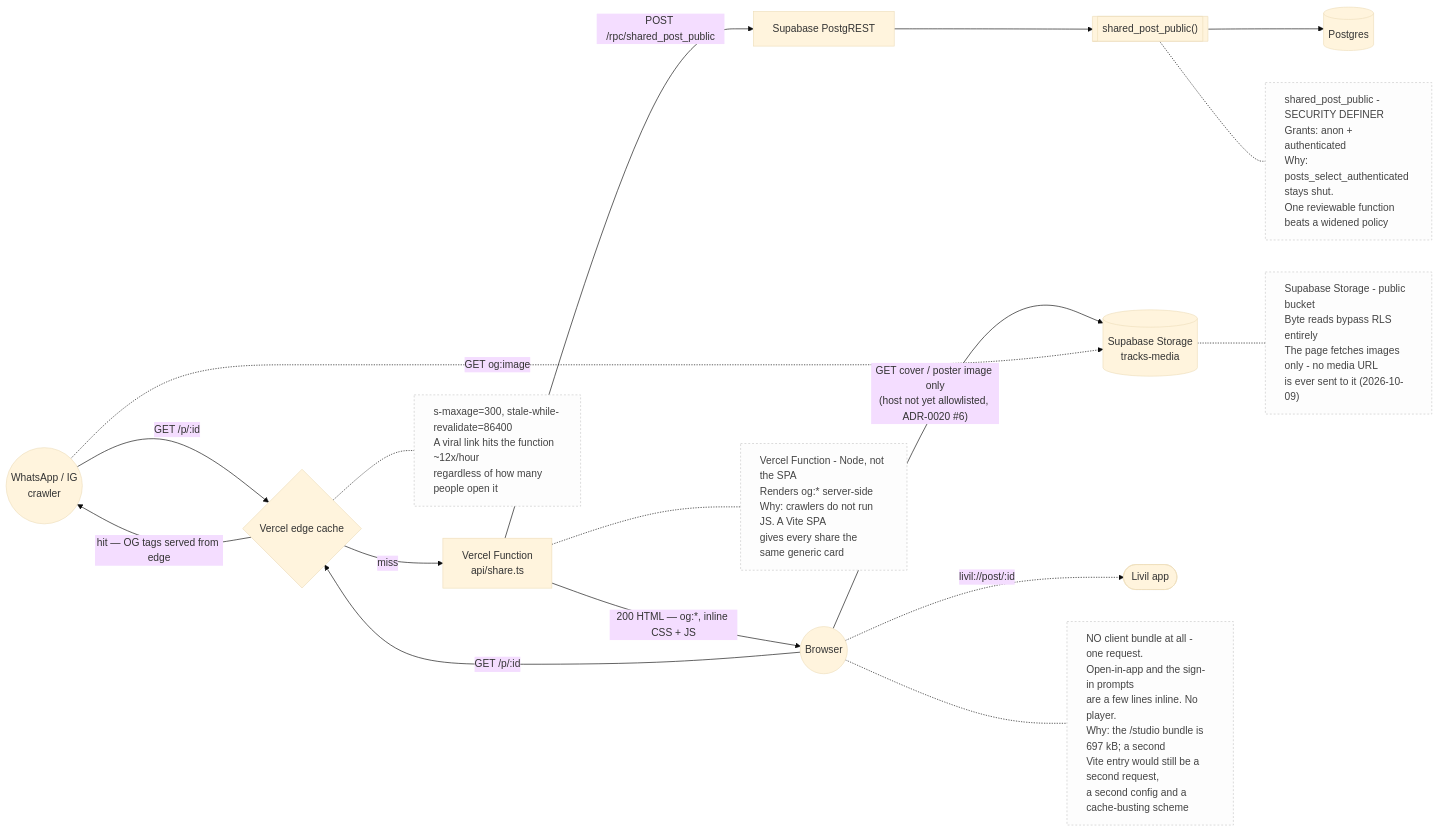
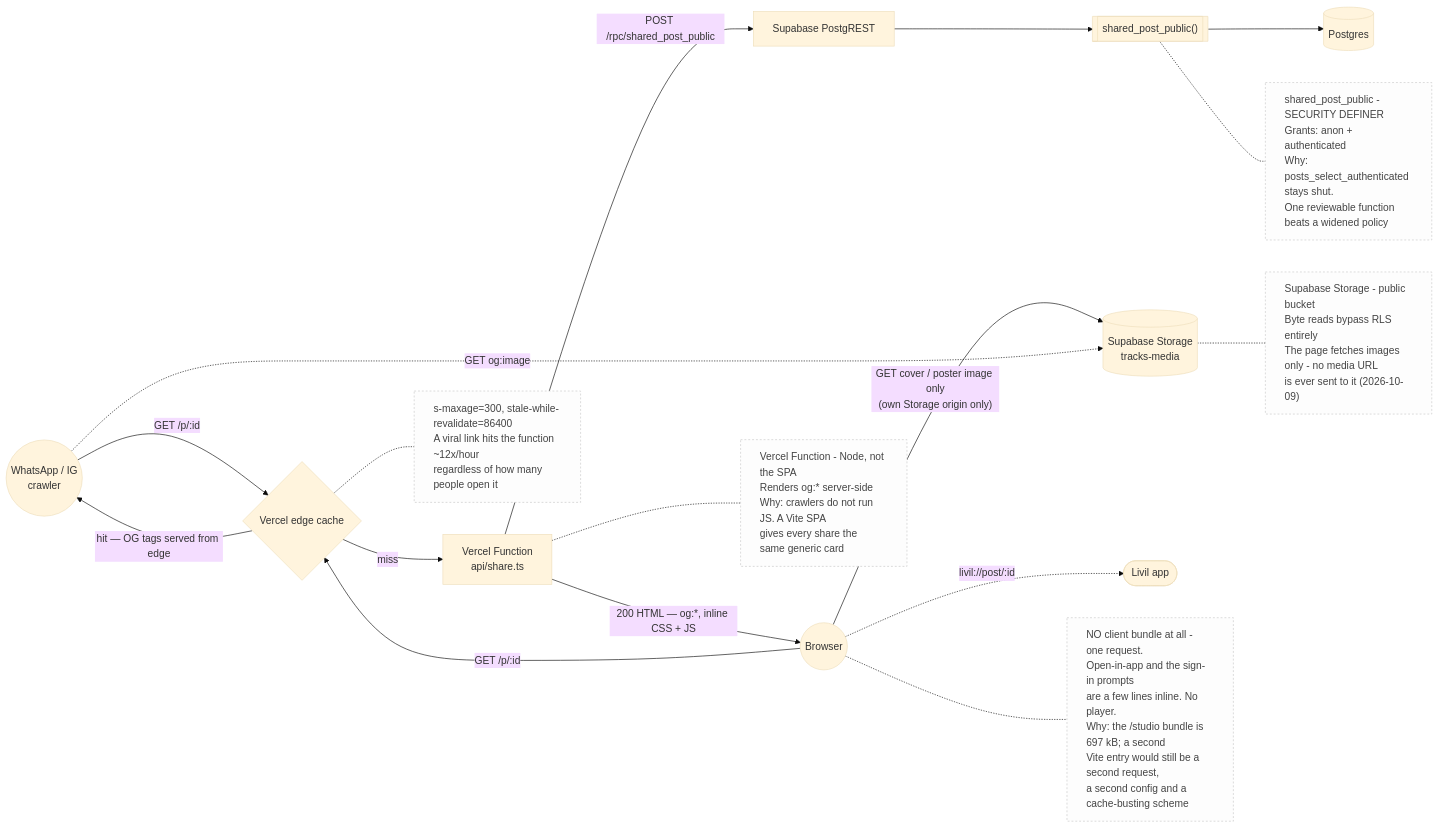
One commit to vvkiitkgp/livil changed the second of 5 diagrams in kb/architecture/post-sharing.md. Above: the diagram before and after it, drawn with Mermaid (base theme). The commit also changed other lines of this file and 3 other files, not shown here.

First line of the commit message:
Share page: load covers and posters only from our own Storage (#270)

````diff
--- a/kb/architecture/post-sharing.md
+++ b/kb/architecture/post-sharing.md
@@ -354,39 +362,39 @@
 ```mermaid
 flowchart LR
     Crawler(("WhatsApp / IG<br/>crawler"))
     Visitor((Browser))
     VF["Vercel Function<br/>api/share.ts"]
     CDN{"Vercel edge cache"}
     PGRST["Supabase PostgREST"]
     RPC[["shared_post_public()"]]
     PG[("Postgres")]
     STOR[("Supabase Storage<br/>tracks-media")]
     APP(["Livil app"])
 
     Crawler -->|"GET /p/:id"| CDN
     Visitor -->|"GET /p/:id"| CDN
     CDN -->|"miss"| VF
     CDN -->|"hit — OG tags served from edge"| Crawler
     VF -->|"POST /rpc/shared_post_public"| PGRST
     PGRST --> RPC
     RPC --> PG
     VF -->|"200 HTML — og:*, inline CSS + JS"| Visitor
-    Visitor -->|"GET cover / poster image only<br/>(host not yet allowlisted, ADR-0020 #6)"| STOR
+    Visitor -->|"GET cover / poster image only<br/>(own Storage origin only)"| STOR
     Visitor -.->|"livil://post/:id"| APP
     Crawler -.->|"GET og:image"| STOR
 
     nRPC["shared_post_public - SECURITY DEFINER<br/>Grants: anon + authenticated<br/>Why: posts_select_authenticated stays shut.<br/>One reviewable function beats a widened policy"]
     nVF["Vercel Function - Node, not the SPA<br/>Renders og:* server-side<br/>Why: crawlers do not run JS. A Vite SPA<br/>gives every share the same generic card"]
     nCDN["s-maxage=300, stale-while-revalidate=86400<br/>A viral link hits the function ~12x/hour<br/>regardless of how many people open it"]
     nStor["Supabase Storage - public bucket<br/>Byte reads bypass RLS entirely<br/>The page fetches images only - no media URL<br/>is ever sent to it (2026-10-09)"]
     nSPA["NO client bundle at all - one request.<br/>Open-in-app and the sign-in prompts<br/>are a few lines inline. No player.<br/>Why: the /studio bundle is 697 kB; a second<br/>Vite entry would still be a second request,<br/>a second config and a cache-busting scheme"]
 
     RPC -.- nRPC
     VF -.- nVF
     CDN -.- nCDN
     STOR -.- nStor
     Visitor -.- nSPA
 
     classDef note fill:#fdfdfd,stroke:#c8c8c8,stroke-width:1px,stroke-dasharray:3 3,color:#444,text-align:left
     class nRPC,nVF,nCDN,nStor,nSPA note
 ```
````
